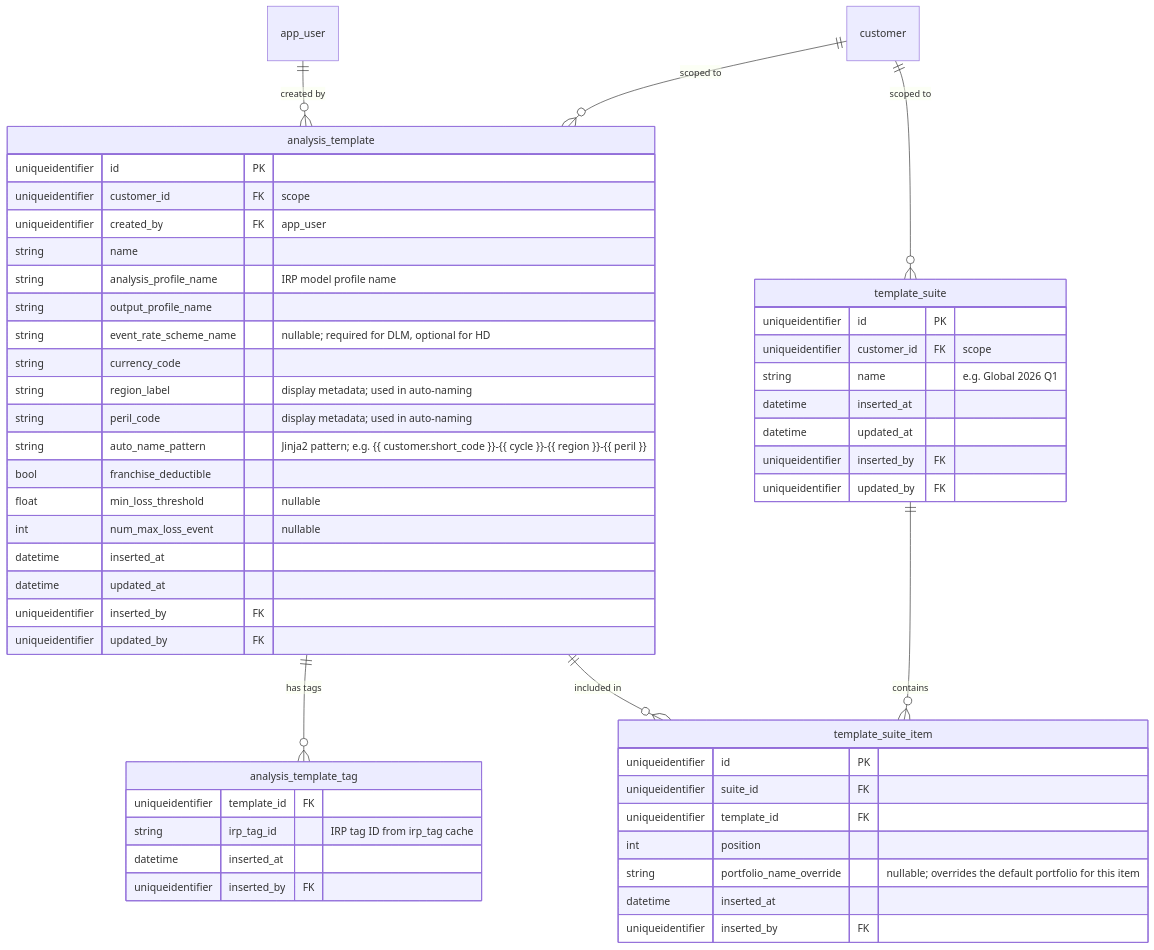
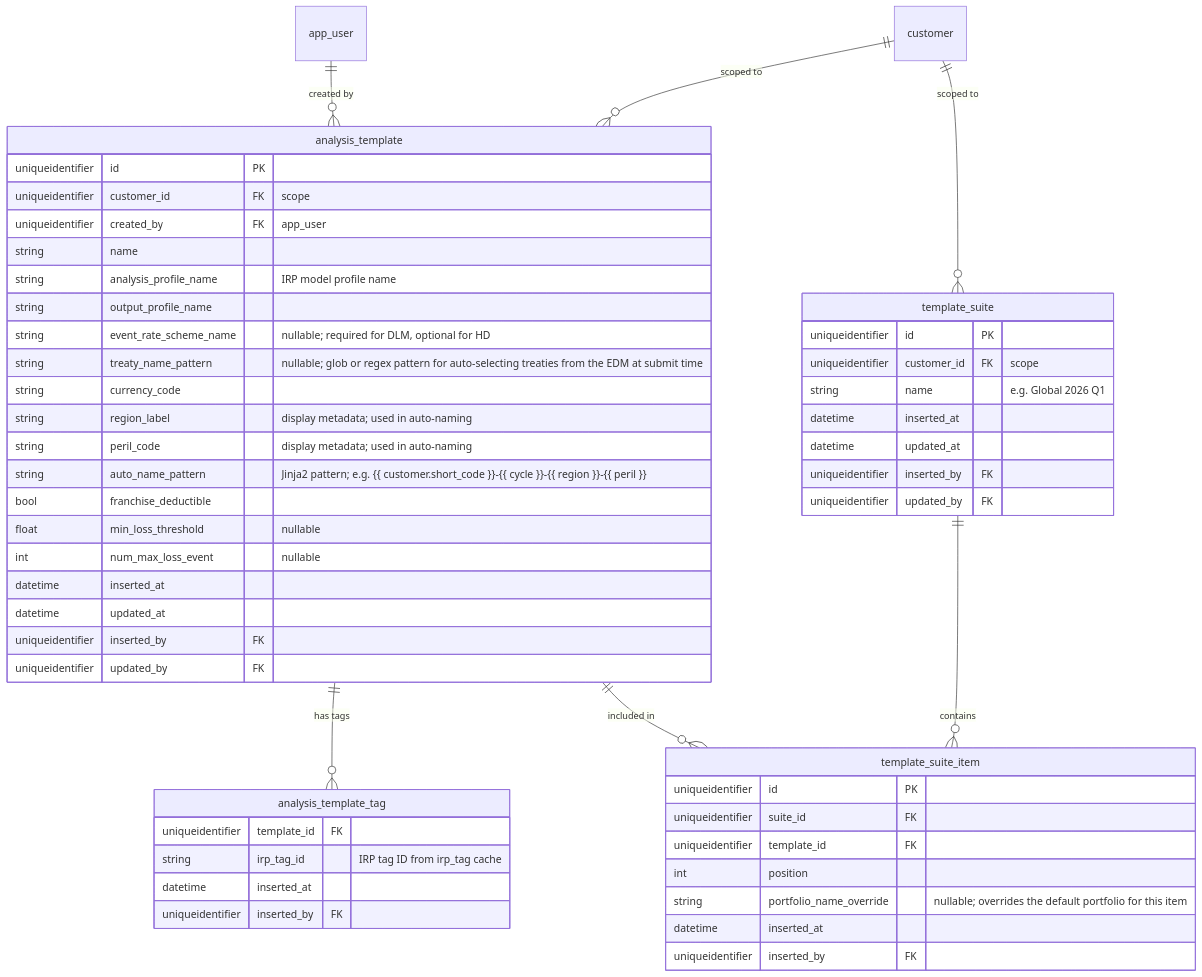
Before and after one commit to anilvenugopal/risk-workbench: the fourth of 11 diagrams in docs/DATA_MODEL.md, drawn with Mermaid. The commit also changed other lines of this file and 1 other file, not shown here.

First line of the commit message:
docs: resolve 23 architect review issues in PRD and DATA_MODEL

````diff
--- a/docs/DATA_MODEL.md
+++ b/docs/DATA_MODEL.md
@@ -300,54 +304,55 @@
 ```mermaid
 erDiagram
   customer ||--o{ analysis_template : "scoped to"
   app_user ||--o{ analysis_template : "created by"
   analysis_template ||--o{ analysis_template_tag : "has tags"
   customer ||--o{ template_suite : "scoped to"
   template_suite ||--o{ template_suite_item : contains
   analysis_template ||--o{ template_suite_item : "included in"
 
   analysis_template {
     uniqueidentifier id PK
     uniqueidentifier customer_id FK "scope"
     uniqueidentifier created_by FK "app_user"
     string name
     string analysis_profile_name "IRP model profile name"
     string output_profile_name
     string event_rate_scheme_name "nullable; required for DLM, optional for HD"
+    string treaty_name_pattern "nullable; glob or regex pattern for auto-selecting treaties from the EDM at submit time"
     string currency_code
     string region_label "display metadata; used in auto-naming"
     string peril_code "display metadata; used in auto-naming"
     string auto_name_pattern "Jinja2 pattern; e.g. {{ customer.short_code }}-{{ cycle }}-{{ region }}-{{ peril }}"
     bool franchise_deductible
     float min_loss_threshold "nullable"
     int num_max_loss_event "nullable"
     datetime inserted_at
     datetime updated_at
     uniqueidentifier inserted_by FK
     uniqueidentifier updated_by FK
   }
   analysis_template_tag {
     uniqueidentifier template_id FK
     string irp_tag_id "IRP tag ID from irp_tag cache"
     datetime inserted_at
     uniqueidentifier inserted_by FK
   }
   template_suite {
     uniqueidentifier id PK
     uniqueidentifier customer_id FK "scope"
     string name "e.g. Global 2026 Q1"
     datetime inserted_at
     datetime updated_at
     uniqueidentifier inserted_by FK
     uniqueidentifier updated_by FK
   }
   template_suite_item {
     uniqueidentifier id PK
     uniqueidentifier suite_id FK
     uniqueidentifier template_id FK
     int position
     string portfolio_name_override "nullable; overrides the default portfolio for this item"
     datetime inserted_at
     uniqueidentifier inserted_by FK
   }
 ```
````
